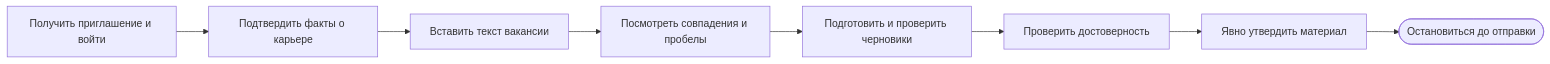
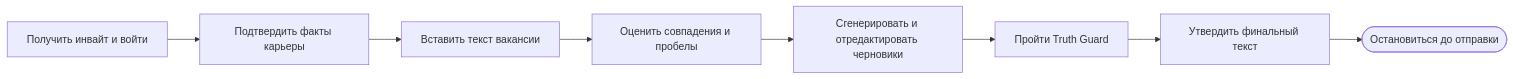
Before and after one commit to filatelist-hitech/CVortex: the diagram in README.md, drawn with Mermaid. The commit also changed other lines of this file and 42 other files, not shown here.

````diff
--- a/README.md
+++ b/README.md
@@ -22,10 +22,10 @@
 ```mermaid
 flowchart LR
-  Invite[Получить приглашение и войти] --> Facts[Подтвердить факты о карьере]
+  Invite[Получить инвайт и войти] --> Facts[Подтвердить факты карьеры]
   Facts --> Vacancy[Вставить текст вакансии]
-  Vacancy --> Match[Посмотреть совпадения и пробелы]
-  Match --> Drafts[Подготовить и проверить черновики]
-  Drafts --> Guard[Проверить достоверность]
-  Guard --> Approval[Явно утвердить материал]
+  Vacancy --> Match[Оценить совпадения и пробелы]
+  Match --> Drafts[Сгенерировать и отредактировать черновики]
+  Drafts --> Guard[Пройти Truth Guard]
+  Guard --> Approval[Утвердить финальный текст]
   Approval --> Stop([Остановиться до отправки])
 ```
````
